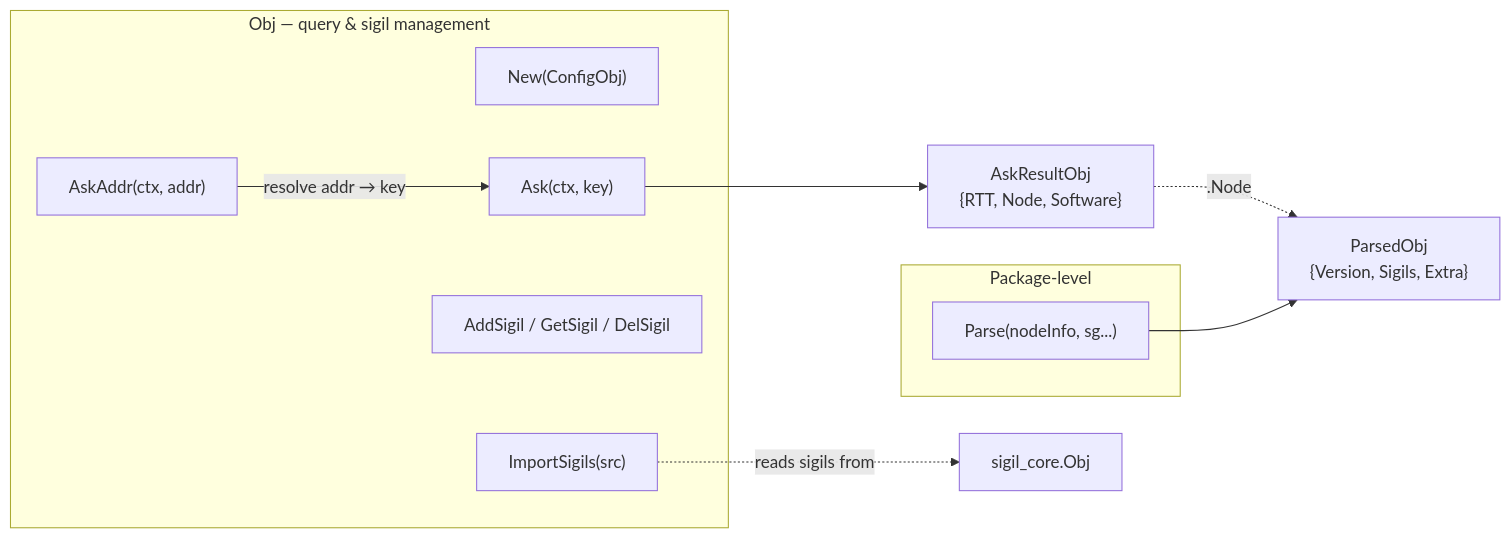
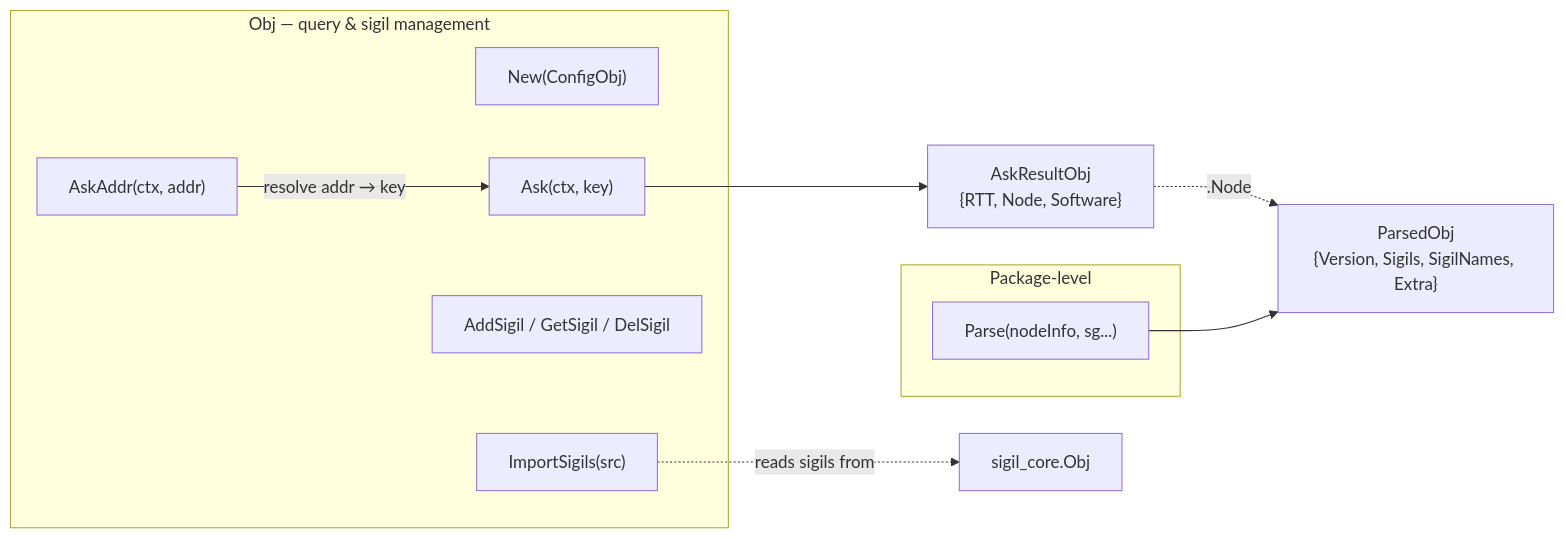
One commit to voluminor/ratatoskr changed the first of 2 diagrams in mod/ninfo/README.md. Above: the diagram before and after it, drawn with Mermaid. The commit also changed other lines of this file and 69 other files, not shown here.

````diff
--- a/mod/ninfo/README.md
+++ b/mod/ninfo/README.md
@@ -29,21 +29,21 @@
 ```mermaid
 flowchart LR
     subgraph Obj["Obj — query & sigil management"]
         New["New(ConfigObj)"]
         AskAddr["AskAddr(ctx, addr)"]
         Ask["Ask(ctx, key)"]
         AddSigil["AddSigil / GetSigil / DelSigil"]
         ImportSigils["ImportSigils(src)"]
     end
 
     subgraph Free["Package-level"]
         Parse["Parse(nodeInfo, sg...)"]
     end
 
     AskAddr -->|"resolve addr → key"| Ask
     Ask --> AskResult["AskResultObj\n{RTT, Node, Software}"]
-  AskResult -.->|" .Node "| ParsedObj["ParsedObj\n{Version, Sigils, Extra}"]
+  AskResult -.->|" .Node "| ParsedObj["ParsedObj\n{Version, Sigils, SigilNames, Extra}"]
   ImportSigils -.->|" reads sigils from "| SC["sigil_core.Obj"]
 
     Parse --> ParsedObj
 ```
````
